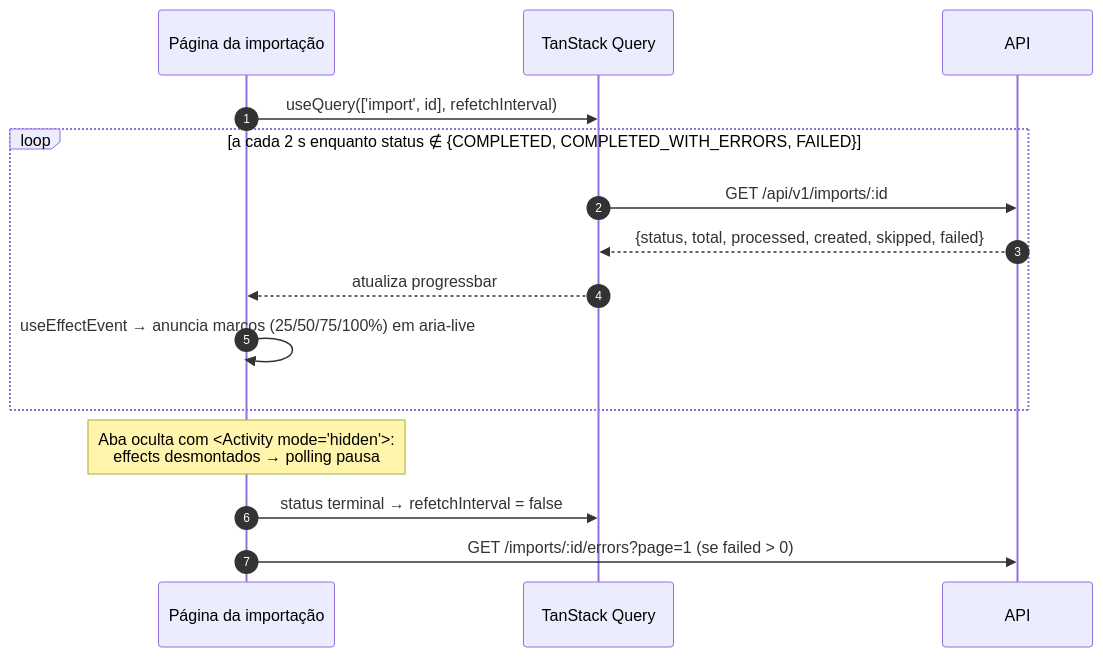
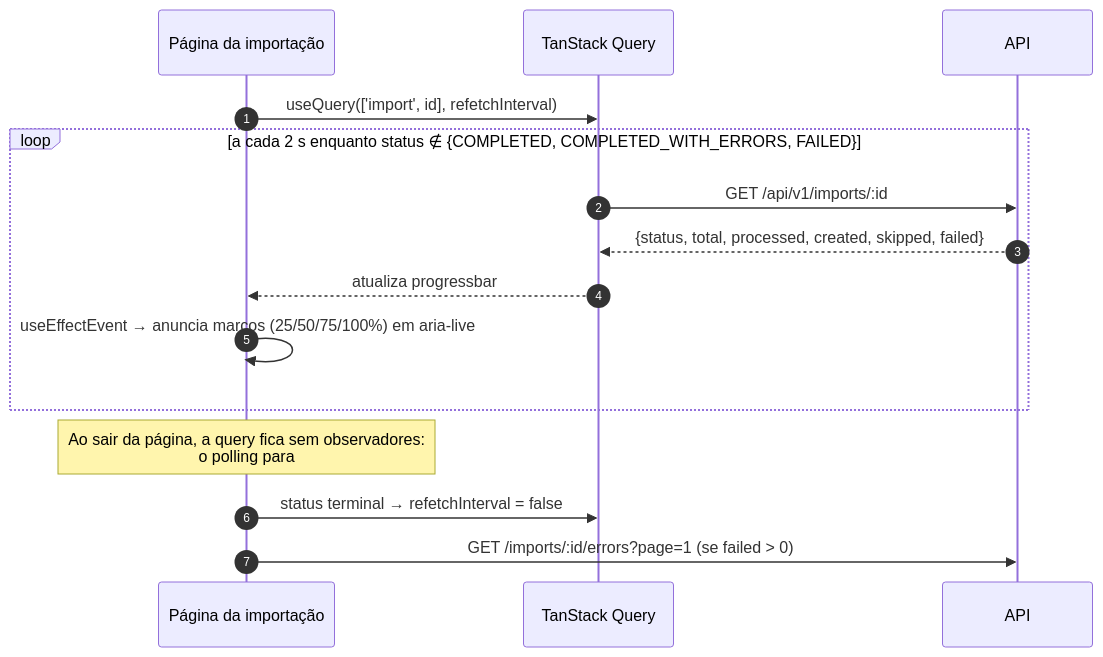
The sixth of 10 diagrams in docs/04-fluxos.md (JulianePires/unimed-contact-manager), drawn with Mermaid before and after one commit. The commit also changed 22 other files, not shown here.

````diff
--- a/docs/04-fluxos.md
+++ b/docs/04-fluxos.md
@@ -163,18 +163,18 @@
 ```mermaid
 sequenceDiagram
   autonumber
   participant P as Página da importação
   participant Q as TanStack Query
   participant A as API
 
   P->>Q: useQuery(['import', id], refetchInterval)
   loop a cada 2 s enquanto status ∉ {COMPLETED, COMPLETED_WITH_ERRORS, FAILED}
     Q->>A: GET /api/v1/imports/:id
     A-->>Q: {status, total, processed, created, skipped, failed}
     Q-->>P: atualiza progressbar
     P->>P: useEffectEvent → anuncia marcos (25/50/75/100%) em aria-live
   end
-  Note over P: Aba oculta com <Activity mode="hidden">:<br/>effects desmontados → polling pausa
+  Note over P: Ao sair da página, a query fica sem observadores:<br/>o polling para
   P->>Q: status terminal → refetchInterval = false
   P->>A: GET /imports/:id/errors?page=1 (se failed > 0)
 ```
````
